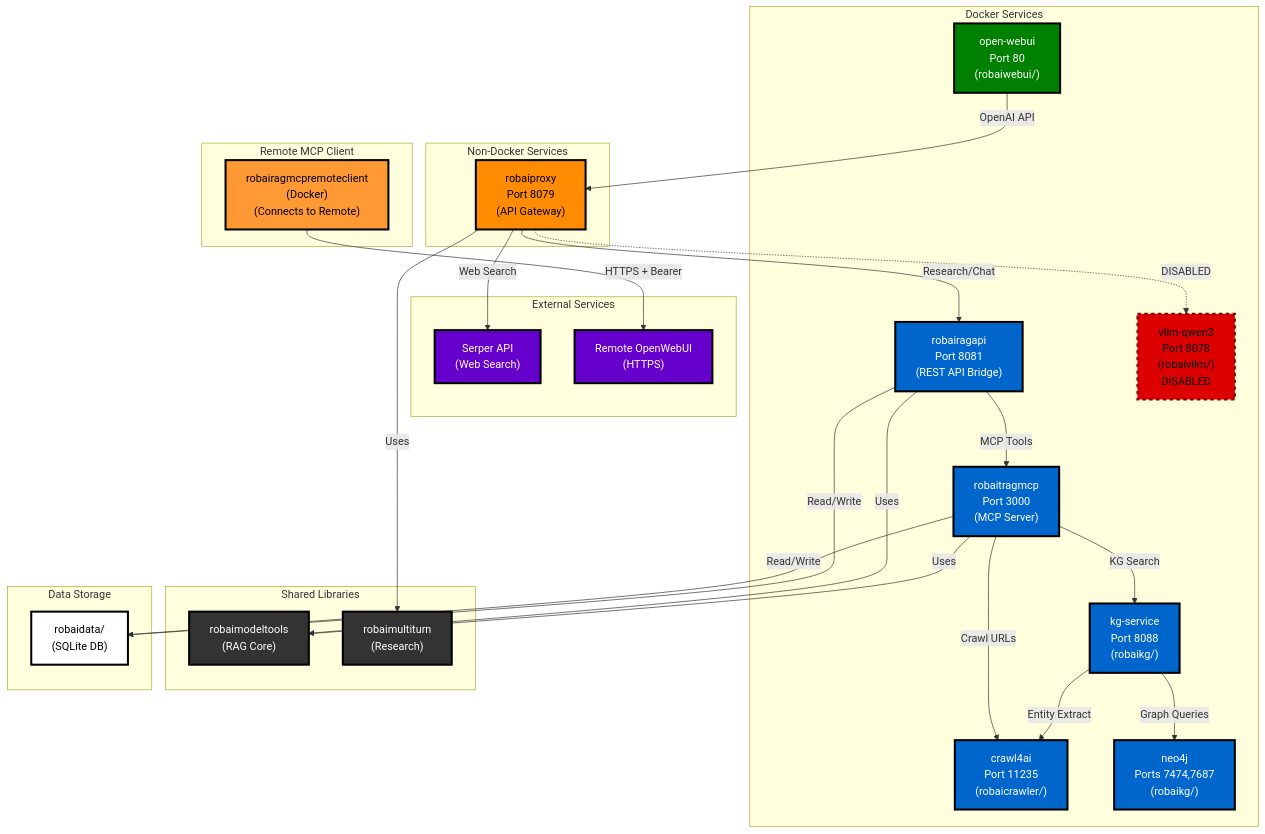
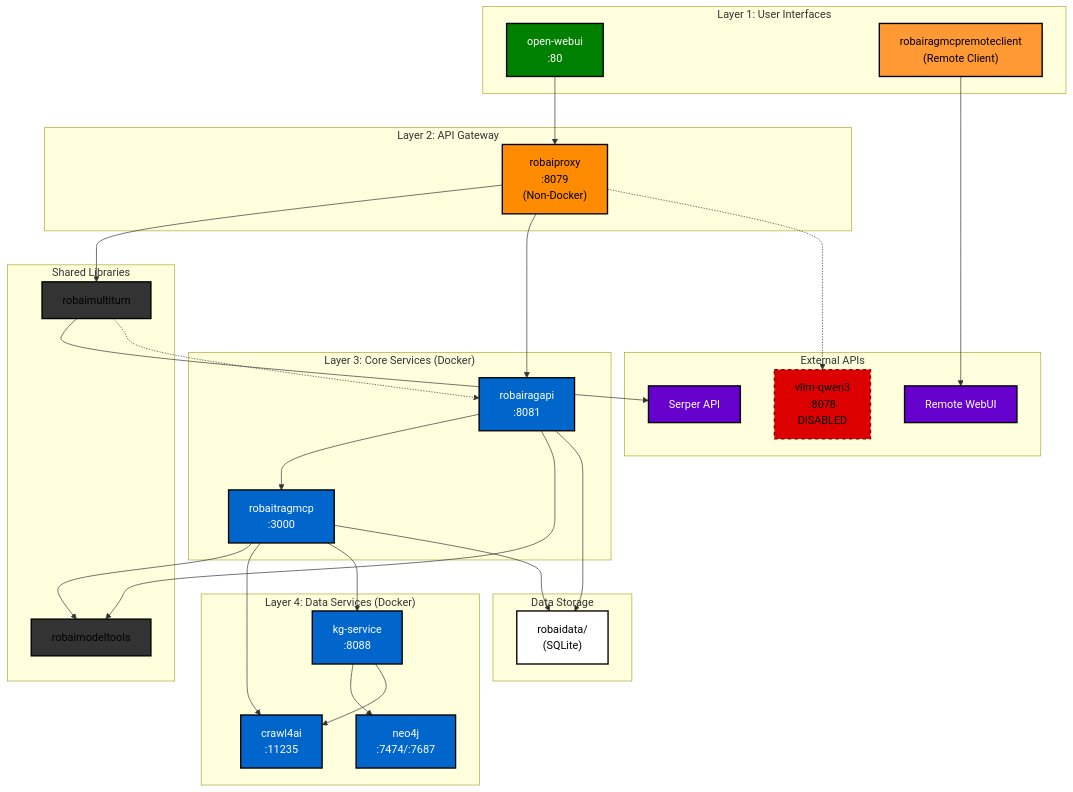
Before and after one commit to Rob-P-Smith/robaitools: the diagram in SERVICE_MAPPING.md, drawn with Mermaid. The commit also changed other lines of this file and 66 other files, not shown here.

````diff
--- a/SERVICE_MAPPING.md
+++ b/SERVICE_MAPPING.md
@@ -7,70 +7,69 @@
 ```mermaid
 graph TB
-    subgraph External["External Services"]
-        SerperAPI["Serper API<br/>(Web Search)"]
-        RemoteWebUI["Remote OpenWebUI<br/>(HTTPS)"]
+    subgraph L1["Layer 1: User Interfaces"]
+        WebUI["open-webui<br/>:80"]
+        MCPClient["robairagmcpremoteclient<br/>(Remote Client)"]
     end
 
-    subgraph NonDocker["Non-Docker Services"]
-        Proxy["robaiproxy<br/>Port 8079<br/>(API Gateway)"]
+    subgraph L2["Layer 2: API Gateway"]
+        Proxy["robaiproxy<br/>:8079<br/>(Non-Docker)"]
     end
 
-    subgraph Docker["Docker Services"]
-        WebUI["open-webui<br/>Port 80<br/>(robaiwebui/)"]
-        RAGAPI["robairagapi<br/>Port 8081<br/>(REST API Bridge)"]
-        MCP["robaitragmcp<br/>Port 3000<br/>(MCP Server)"]
-        Crawl["crawl4ai<br/>Port 11235<br/>(robaicrawler/)"]
-        KGSvc["kg-service<br/>Port 8088<br/>(robaikg/)"]
-        Neo4j["neo4j<br/>Ports 7474,7687<br/>(robaikg/)"]
-        vLLM["vllm-qwen3<br/>Port 8078<br/>(robaivllm/)<br/>DISABLED"]
+    subgraph L3["Layer 3: Core Services (Docker)"]
+        RAGAPI["robairagapi<br/>:8081"]
+        MCP["robaitragmcp<br/>:3000"]
     end
 
-    subgraph Libraries["Shared Libraries"]
-        ModelTools["robaimodeltools<br/>(RAG Core)"]
-        MultiTurn["robaimultiturn<br/>(Research)"]
+    subgraph L4["Layer 4: Data Services (Docker)"]
+        Crawl["crawl4ai<br/>:11235"]
+        KGSvc["kg-service<br/>:8088"]
+        Neo4j["neo4j<br/>:7474/:7687"]
     end
 
-    subgraph Data["Data Storage"]
-        DataVol["robaidata/<br/>(SQLite DB)"]
+    subgraph EXT["External APIs"]
+        SerperAPI["Serper API"]
+        RemoteWebUI["Remote WebUI"]
+        vLLM["vllm-qwen3<br/>:8078<br/>DISABLED"]
     end
 
-    subgraph RemoteClient["Remote MCP Client"]
-        MCPClient["robairagmcpremoteclient<br/>(Docker)<br/>(Connects to Remote)"]
+    subgraph LIB["Shared Libraries"]
+        MultiTurn["robaimultiturn"]
+        ModelTools["robaimodeltools"]
     end
 
-    WebUI -->|"OpenAI API"| Proxy
-    Proxy -.->|"DISABLED"| vLLM
-    Proxy -->|"Research/Chat"| RAGAPI
-    Proxy -->|"Uses"| MultiTurn
-    Proxy -->|"Web Search"| SerperAPI
+    subgraph STORAGE["Data Storage"]
+        DataVol["robaidata/<br/>(SQLite)"]
+    end
 
-    RAGAPI -->|"MCP Tools"| MCP
-    RAGAPI -->|"Uses"| ModelTools
+    WebUI --> Proxy
+    Proxy --> MultiTurn
+    Proxy --> RAGAPI
+    MultiTurn --> SerperAPI
+    MultiTurn -.-> RAGAPI
+    RAGAPI --> MCP
+    RAGAPI --> ModelTools
+    MCP --> ModelTools
+    MCP --> Crawl
+    MCP --> KGSvc
+    MCP --> DataVol
+    RAGAPI --> DataVol
+    KGSvc --> Neo4j
+    KGSvc --> Crawl
+    MCPClient --> RemoteWebUI
+    Proxy -.-> vLLM
 
-    MCP -->|"Crawl URLs"| Crawl
-    MCP -->|"KG Search"| KGSvc
-    MCP -->|"Uses"| ModelTools
-    MCP -->|"Read/Write"| DataVol
-
-    RAGAPI -->|"Read/Write"| DataVol
-
-    KGSvc -->|"Graph Queries"| Neo4j
-    KGSvc -->|"Entity Extract"| Crawl
-
-    MCPClient -->|"HTTPS + Bearer"| RemoteWebUI
-
-    style vLLM fill:#dd0000,stroke:#800000,stroke-width:3px,stroke-dasharray: 5 5,color:#000
-    style Proxy fill:#ff8c00,stroke:#000,stroke-width:3px,color:#000
-    style WebUI fill:#008000,stroke:#000,stroke-width:3px,color:#fff
-    style RAGAPI fill:#0066cc,stroke:#000,stroke-width:3px,color:#fff
-    style MCP fill:#0066cc,stroke:#000,stroke-width:3px,color:#fff
-    style Crawl fill:#0066cc,stroke:#000,stroke-width:3px,color:#fff
-    style KGSvc fill:#0066cc,stroke:#000,stroke-width:3px,color:#fff
-    style Neo4j fill:#0066cc,stroke:#000,stroke-width:3px,color:#fff
-    style SerperAPI fill:#6600cc,stroke:#000,stroke-width:3px,color:#fff
-    style RemoteWebUI fill:#6600cc,stroke:#000,stroke-width:3px,color:#fff
-    style ModelTools fill:#333,stroke:#000,stroke-width:3px,color:#fff
-    style MultiTurn fill:#333,stroke:#000,stroke-width:3px,color:#fff
-    style DataVol fill:#fff,stroke:#000,stroke-width:3px,color:#000
-    style MCPClient fill:#ff9933,stroke:#000,stroke-width:3px,color:#000
+    style vLLM fill:#dd0000,stroke:#800,stroke-width:2px,stroke-dasharray:5 5,color:#000
+    style Proxy fill:#ff8c00,stroke:#000,stroke-width:2px,color:#000
+    style WebUI fill:#008000,stroke:#000,stroke-width:2px,color:#fff
+    style RAGAPI fill:#0066cc,stroke:#000,stroke-width:2px,color:#fff
+    style MCP fill:#0066cc,stroke:#000,stroke-width:2px,color:#fff
+    style Crawl fill:#0066cc,stroke:#000,stroke-width:2px,color:#fff
+    style KGSvc fill:#0066cc,stroke:#000,stroke-width:2px,color:#fff
+    style Neo4j fill:#0066cc,stroke:#000,stroke-width:2px,color:#fff
+    style SerperAPI fill:#6600cc,stroke:#000,stroke-width:2px,color:#fff
+    style RemoteWebUI fill:#6600cc,stroke:#000,stroke-width:2px,color:#fff
+    style ModelTools fill:#333,stroke:#000,stroke-width:2px,color:#000
+    style MultiTurn fill:#333,stroke:#000,stroke-width:2px,color:#000
+    style DataVol fill:#fff,stroke:#000,stroke-width:2px,color:#000
+    style MCPClient fill:#ff9933,stroke:#000,stroke-width:2px,color:#000
 ```
````
